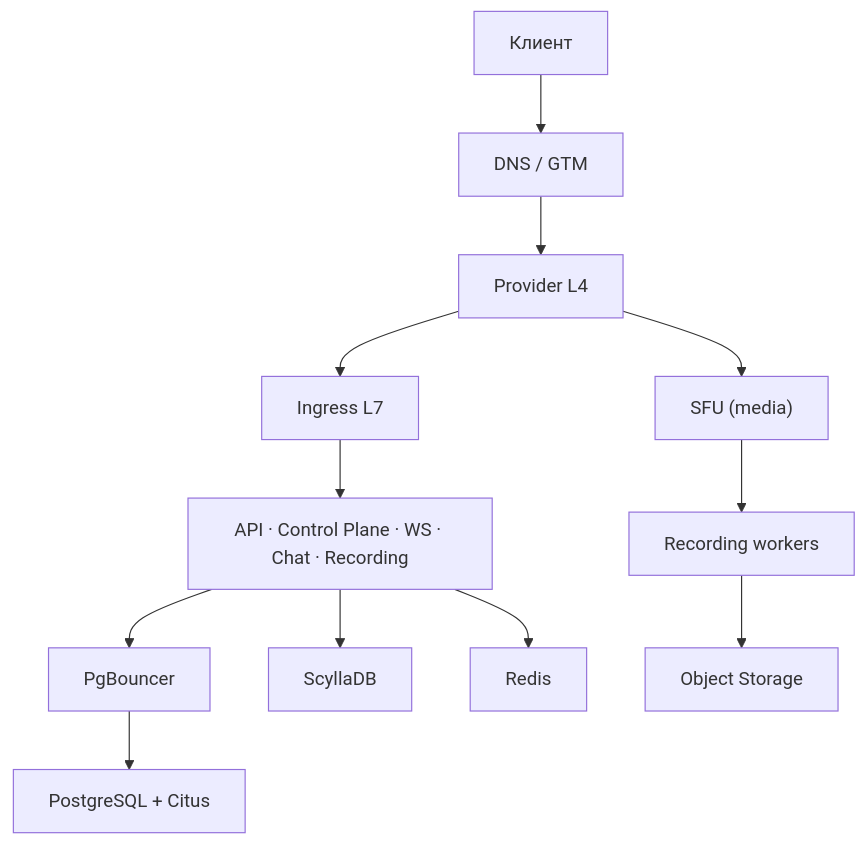
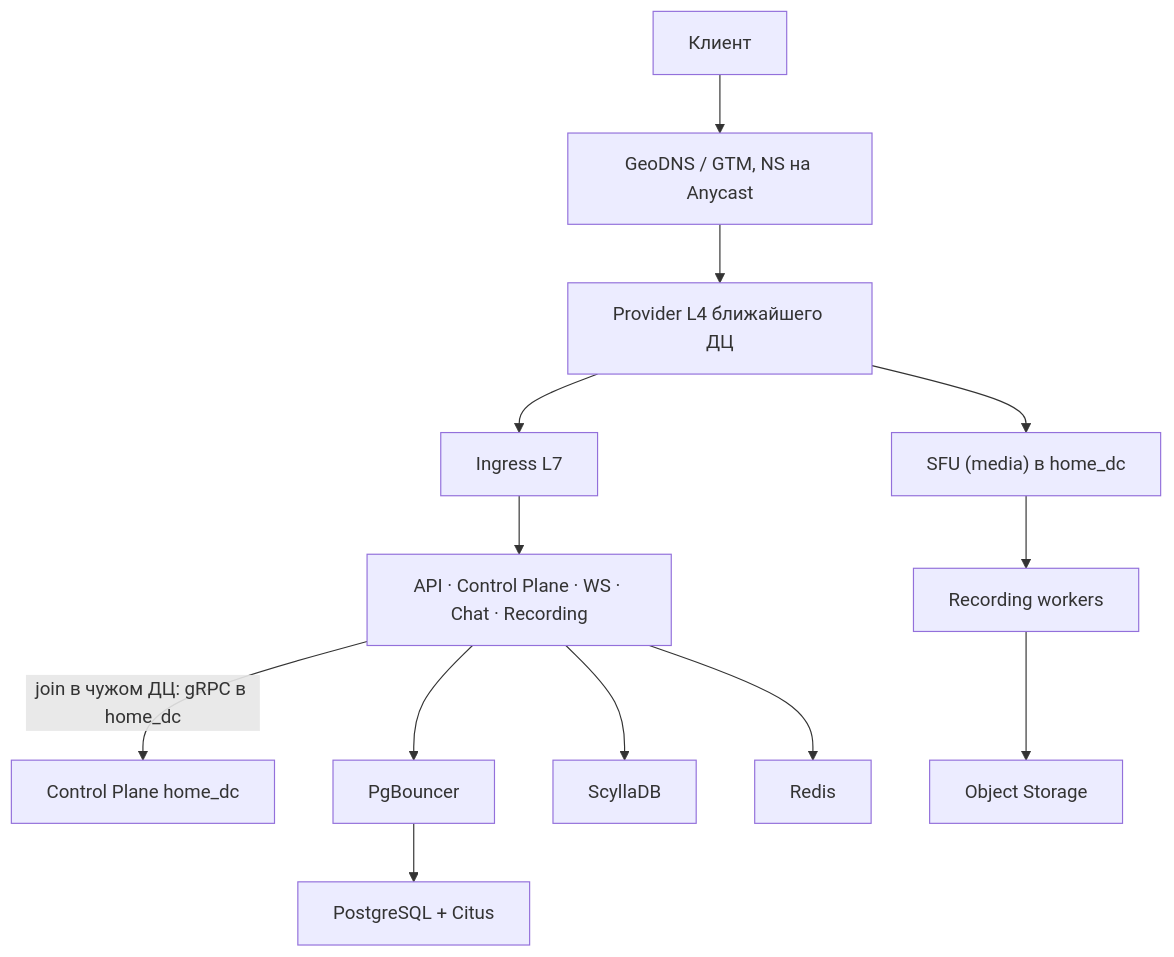
Before and after one commit to Danykrane/system_design: diagram 11 of 11 in README.md, drawn with Mermaid. The commit also changed other lines of this file and 5 other files, not shown here.

Commit message:
Исправления по ревью: K=1.5, 8 ДЦ вместо OTHER, точки записи, DNS vs Anycast

````diff
--- a/README.md
+++ b/README.md
@@ -999,14 +1282,15 @@
 ```mermaid
 flowchart TD
-    C["Клиент"] --> DNS["DNS / GTM"]
-    DNS --> L4["Provider L4"]
+    C["Клиент"] --> DNS["GeoDNS / GTM, NS на Anycast"]
+    DNS --> L4["Provider L4 ближайшего ДЦ"]
     L4 --> ING["Ingress L7"]
-    L4 --> SFU["SFU (media)"]
+    L4 --> SFU["SFU (media) в home_dc"]
     ING --> SVC["API · Control Plane · WS · Chat · Recording"]
+    SVC -->|"join в чужом ДЦ: gRPC в home_dc"| HOME["Control Plane home_dc"]
     SVC --> PGB["PgBouncer"]
     PGB --> PG["PostgreSQL + Citus"]
     SVC --> SC["ScyllaDB"]
     SVC --> RD["Redis"]
     SFU --> REC["Recording workers"]
     REC --> OBJ["Object Storage"]
 ```
````
